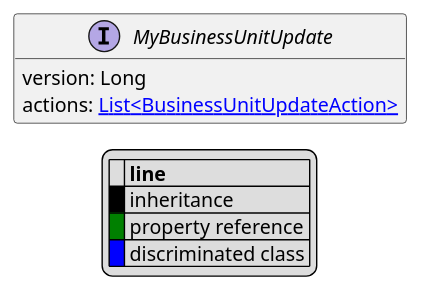
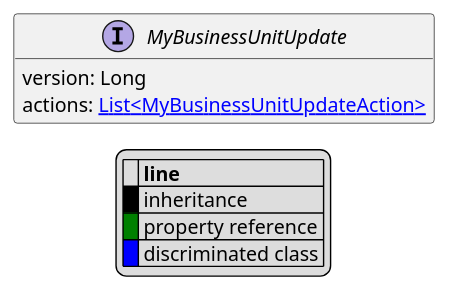
The diagram in uml/api/MyBusinessUnitUpdate.puml (commercetools/commercetools-api-reference), drawn with PlantUML before and after one commit. The commit also changed 33 other files, not shown here.

```diff
--- a/uml/api/MyBusinessUnitUpdate.puml
+++ b/uml/api/MyBusinessUnitUpdate.puml
@@ -1,21 +1,21 @@
 @startuml
 
 hide empty fields
 hide empty methods
 legend
 |= |= line |
 |<back:black>   </back>| inheritance |
 |<back:green>   </back>| property reference |
 |<back:blue>   </back>| discriminated class |
 endlegend
 interface MyBusinessUnitUpdate [[MyBusinessUnitUpdate.svg]]  {
     version: Long
-    actions: [[BusinessUnitUpdateAction.svg List<BusinessUnitUpdateAction>]]
+    actions: [[MyBusinessUnitUpdateAction.svg List<MyBusinessUnitUpdateAction>]]
 }
 
 
 
 
 
 
 @enduml
```
